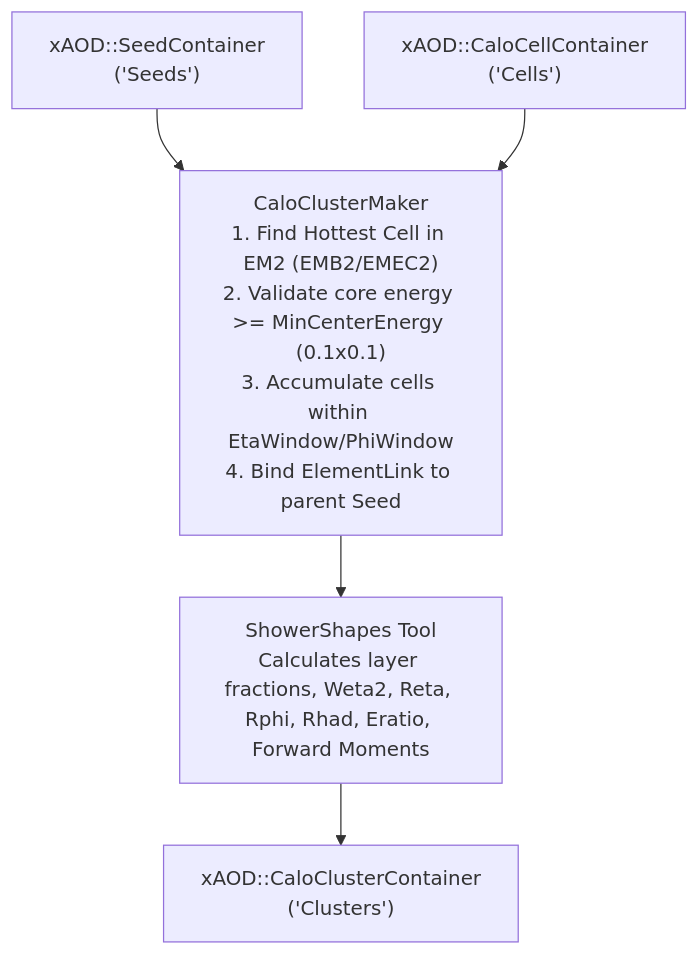
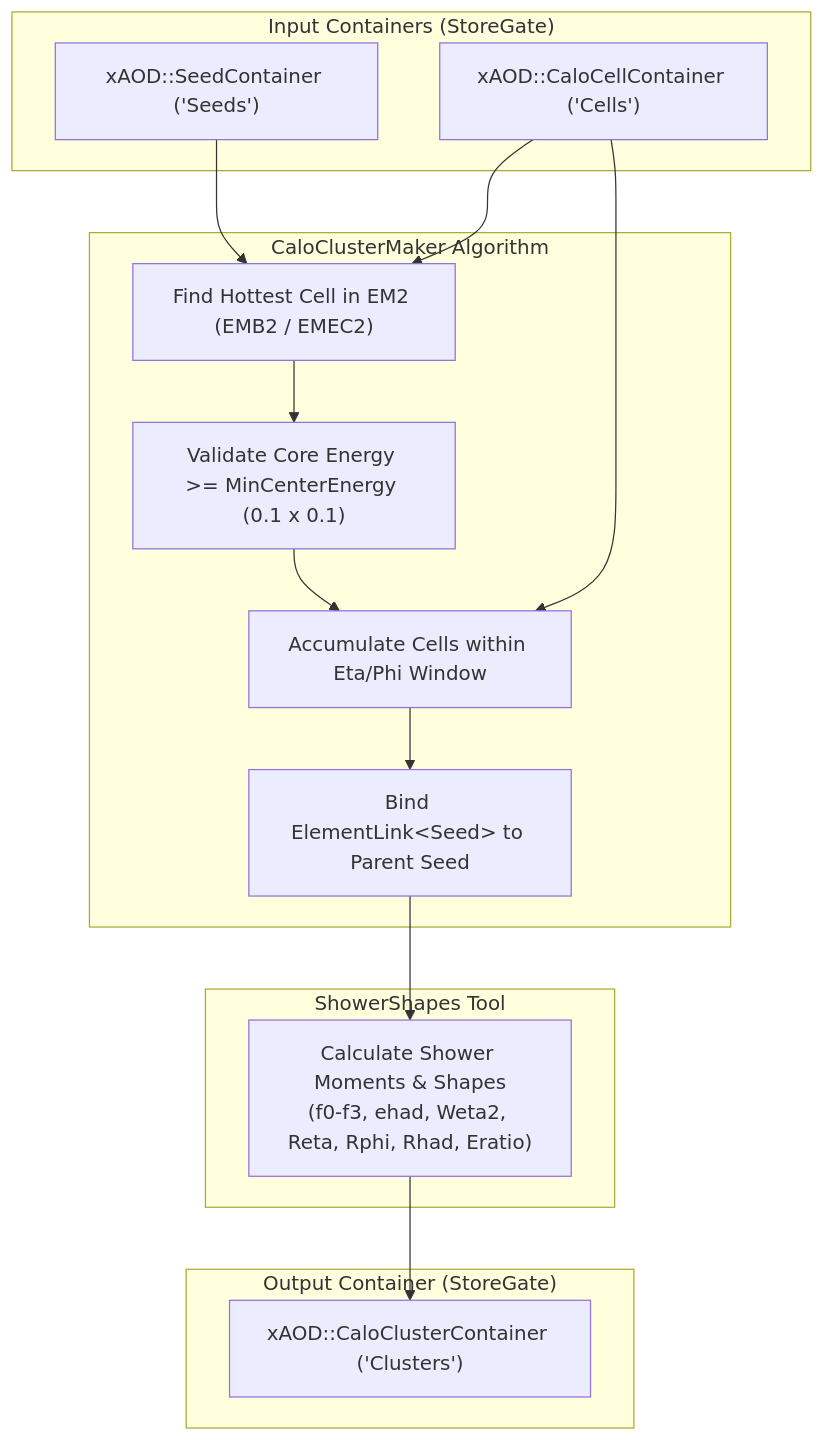
One commit to lordhsdw999-a11y/lorenzetti changed the diagram in reconstruction/calorimeter/CaloClusterBuilder/README.md. Above: the diagram before and after it, drawn with Mermaid. The commit also changed 5 other files, not shown here.

````diff
--- a/reconstruction/calorimeter/CaloClusterBuilder/README.md
+++ b/reconstruction/calorimeter/CaloClusterBuilder/README.md
@@ -11,7 +11,29 @@
 ```mermaid
-flowchart TD
-    Seeds["xAOD::SeedContainer<br/>('Seeds')"] --> ClusterMaker["CaloClusterMaker<br/>1. Find Hottest Cell in EM2 (EMB2/EMEC2)<br/>2. Validate core energy >= MinCenterEnergy (0.1x0.1)<br/>3. Accumulate cells within EtaWindow/PhiWindow<br/>4. Bind ElementLink<Seed> to parent Seed"]
-    Cells["xAOD::CaloCellContainer<br/>('Cells')"] --> ClusterMaker
-    ClusterMaker --> Shower["ShowerShapes Tool<br/>Calculates layer fractions, Weta2, Reta, Rphi, Rhad, Eratio, Forward Moments"]
-    Shower --> Output["xAOD::CaloClusterContainer<br/>('Clusters')"]
+graph TD
+    subgraph Inputs ["Input Containers (StoreGate)"]
+        Seeds["xAOD::SeedContainer ('Seeds')"]
+        Cells["xAOD::CaloCellContainer ('Cells')"]
+    end
+
+    subgraph Clustering ["CaloClusterMaker Algorithm"]
+        Scan["Find Hottest Cell in EM2 (EMB2 / EMEC2)"]
+        Val["Validate Core Energy >= MinCenterEnergy (0.1 x 0.1)"]
+        Acc["Accumulate Cells within Eta/Phi Window"]
+        Link["Bind ElementLink&lt;Seed&gt; to Parent Seed"]
+        Scan --> Val --> Acc --> Link
+    end
+
+    subgraph Shapes ["ShowerShapes Tool"]
+        Compute["Calculate Shower Moments & Shapes<br/>(f0-f3, ehad, Weta2, Reta, Rphi, Rhad, Eratio)"]
+    end
+
+    subgraph Output ["Output Container (StoreGate)"]
+        Clusters["xAOD::CaloClusterContainer ('Clusters')"]
+    end
+
+    Seeds --> Scan
+    Cells --> Scan
+    Cells --> Acc
+    Link --> Compute
+    Compute --> Clusters
 ```
````
